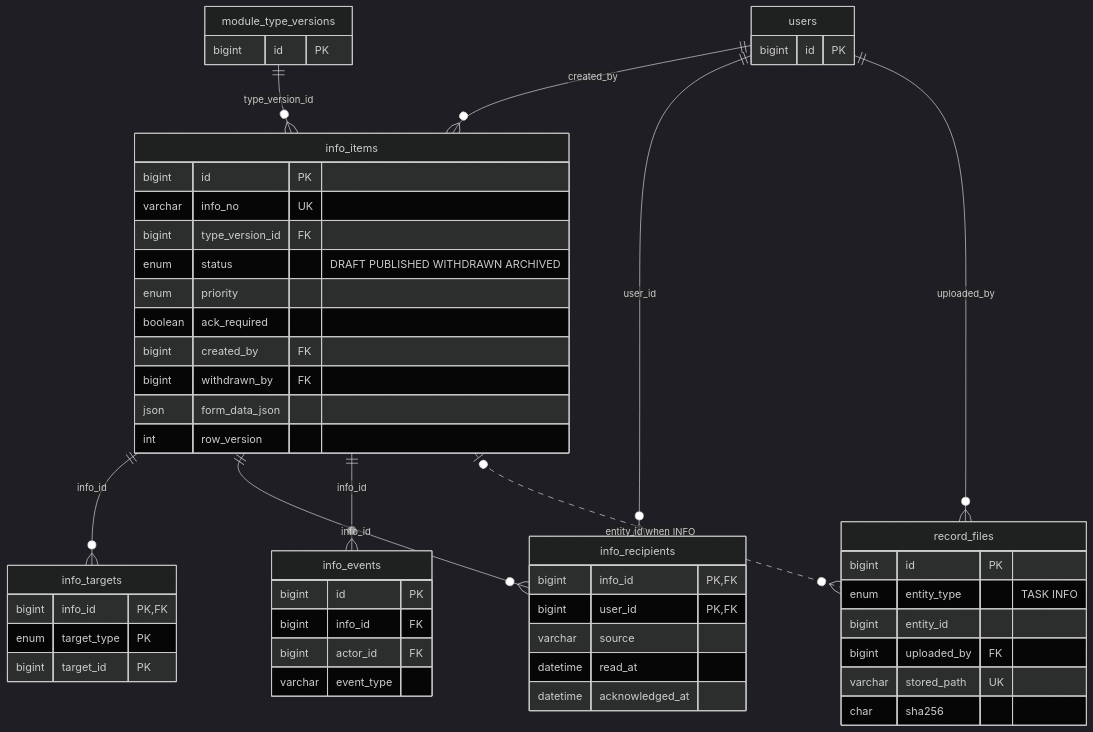
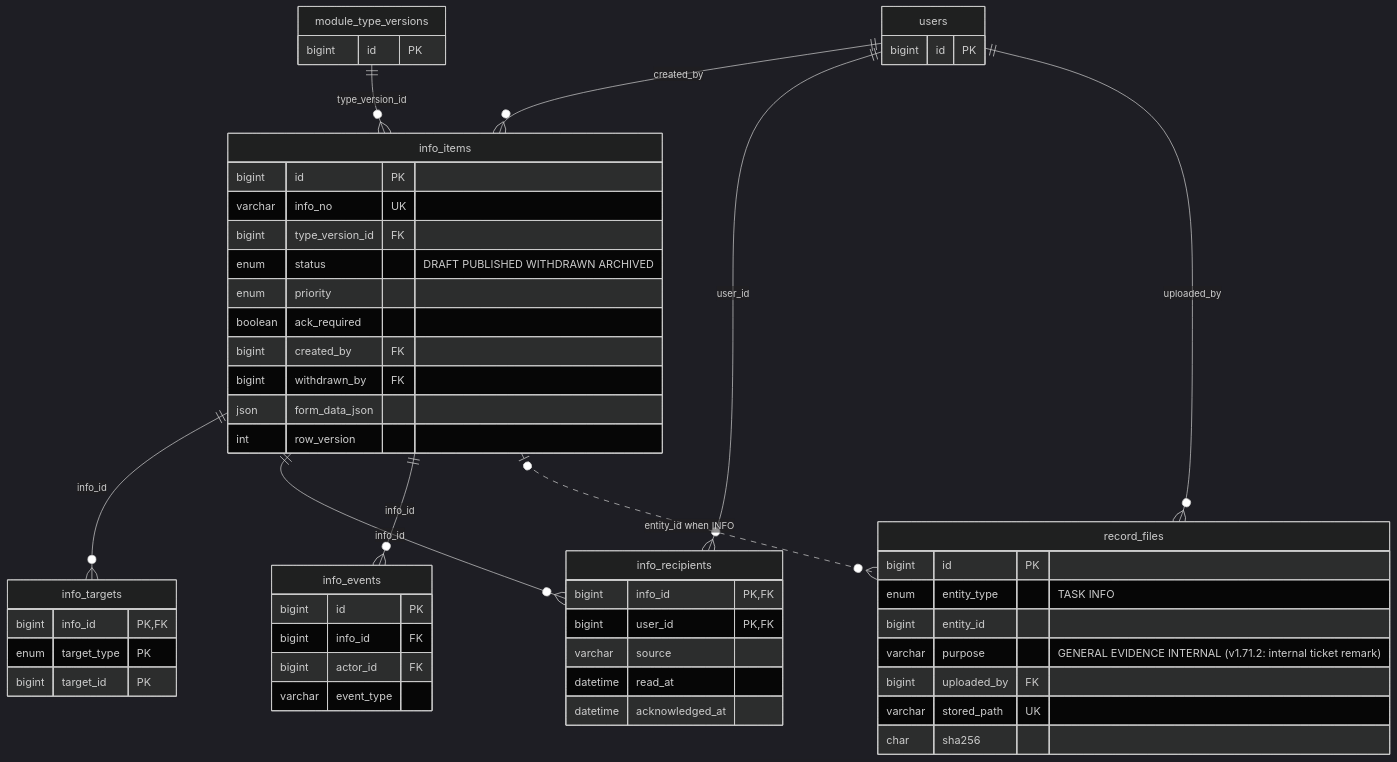
One commit to HarishDevs/ARS-Central-Management-System changed the fifth of 7 diagrams in docs/DATA_MODEL.md. Above: the diagram before and after it, drawn with Mermaid (dark theme). The commit also changed other lines of this file and 62 other files, not shown here.

````diff
--- a/docs/DATA_MODEL.md
+++ b/docs/DATA_MODEL.md
@@ -627,56 +627,57 @@
 ```mermaid
 erDiagram
     users {
         bigint id PK
     }
     module_type_versions {
         bigint id PK
     }
     info_items {
         bigint id PK
         varchar info_no UK
         bigint type_version_id FK
         enum status "DRAFT PUBLISHED WITHDRAWN ARCHIVED"
         enum priority
         boolean ack_required
         bigint created_by FK
         bigint withdrawn_by FK
         json form_data_json
         int row_version
     }
     info_targets {
         bigint info_id PK, FK
         enum target_type PK
         bigint target_id PK
     }
     info_recipients {
         bigint info_id PK, FK
         bigint user_id PK, FK
         varchar source
         datetime read_at
         datetime acknowledged_at
     }
     info_events {
         bigint id PK
         bigint info_id FK
         bigint actor_id FK
         varchar event_type
     }
     record_files {
         bigint id PK
         enum entity_type "TASK INFO"
         bigint entity_id
+        varchar purpose "GENERAL EVIDENCE INTERNAL (v1.71.2: internal ticket remark)"
         bigint uploaded_by FK
         varchar stored_path UK
         char sha256
     }
 
     module_type_versions ||--o{ info_items : "type_version_id"
     users ||--o{ info_items : "created_by"
     info_items ||--o{ info_targets : "info_id"
     info_items ||--o{ info_recipients : "info_id"
     users ||--o{ info_recipients : "user_id"
     info_items ||--o{ info_events : "info_id"
     users ||--o{ record_files : "uploaded_by"
     info_items |o..o{ record_files : "entity_id when INFO"
 ```
````
